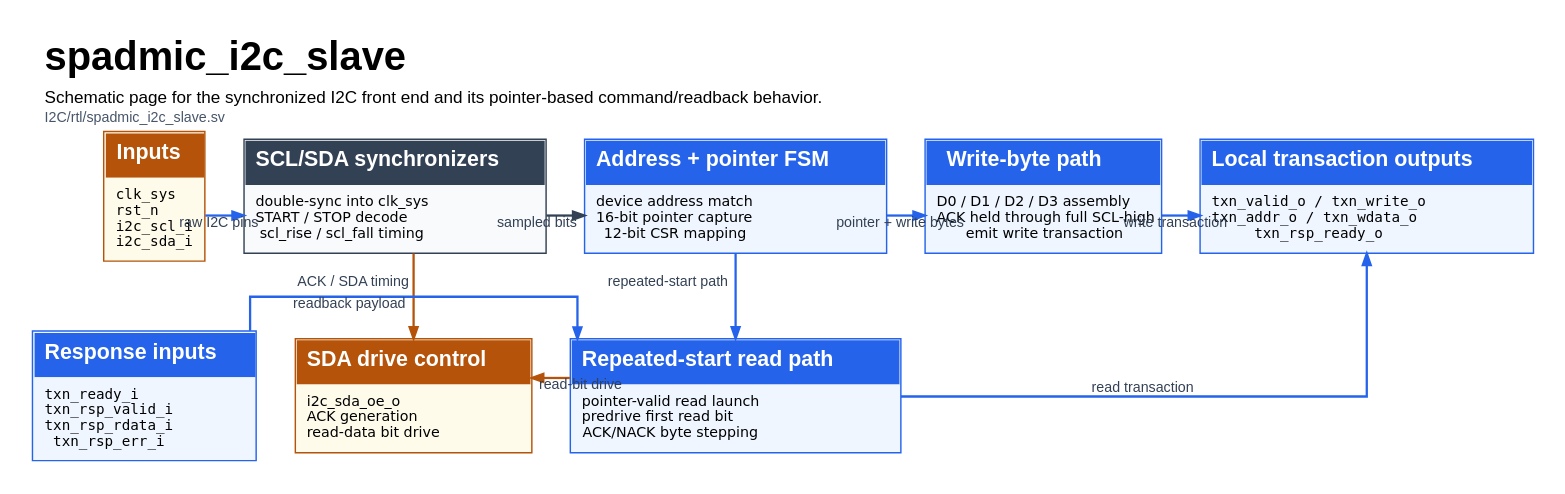
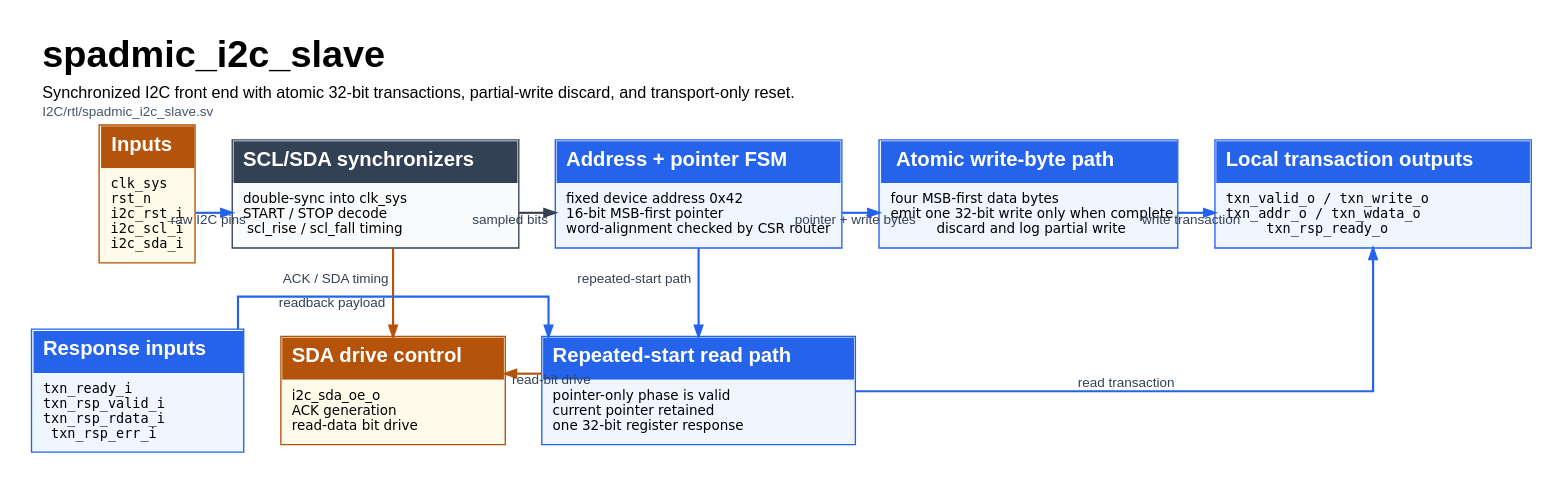
The diagram in TOP/docs/diagrams/dot/02_spadmic_i2c_slave.dot (KarimSabra13/SPADMIC), drawn with Graphviz before and after one commit. The commit also changed 135 other files, not shown here.

Commit message:
feat(top): complete CSR and I2C control plane

```diff
--- a/TOP/docs/diagrams/dot/02_spadmic_i2c_slave.dot
+++ b/TOP/docs/diagrams/dot/02_spadmic_i2c_slave.dot
@@ -1,99 +1,99 @@
 digraph G {
       graph [
         rankdir=TB,
         splines=ortho,
         overlap=false,
         newrank=true,
         compound=true,
         nodesep=0.38,
         ranksep=0.68,
         pad=0.18,
         margin=0.08,
         bgcolor="white",
         fontname="Helvetica",
         labelloc=t,
         labeljust=l,
         label=<
     <TABLE BORDER="0" CELLBORDER="0" CELLSPACING="0" CELLPADDING="0">
       <TR><TD ALIGN="LEFT"><FONT POINT-SIZE="28"><B>spadmic_i2c_slave</B></FONT></TD></TR>
       <TR><TD HEIGHT="4"></TD></TR>
-      <TR><TD ALIGN="LEFT"><FONT POINT-SIZE="12">Schematic page for the synchronized I2C front end and its pointer-based command/readback behavior.</FONT></TD></TR>
+      <TR><TD ALIGN="LEFT"><FONT POINT-SIZE="12">Synchronized I2C front end with atomic 32-bit transactions, partial-write discard, and transport-only reset.</FONT></TD></TR>
       <TR><TD HEIGHT="2"></TD></TR>
       <TR><TD ALIGN="LEFT"><FONT POINT-SIZE="10" COLOR="#475569">I2C/rtl/spadmic_i2c_slave.sv</FONT></TD></TR>
     </TABLE>
     >,
         size="11.69,8.27!"
       ];
       node [fontname="Helvetica"];
       edge [fontname="Helvetica", arrowsize=0.8];
       
     in_pins [shape=plain margin=0 label=<
     <TABLE BORDER="1" CELLBORDER="0" CELLSPACING="0" CELLPADDING="7" COLOR="#B45309" BGCOLOR="#FFFBEB">
       <TR><TD BGCOLOR="#B45309" ALIGN="CENTER"><FONT COLOR="white" POINT-SIZE="15"><B>Inputs</B></FONT></TD></TR>
-      <TR><TD ALIGN='LEFT' BGCOLOR='#FFFBEB'><FONT FACE='DejaVu Sans Mono' POINT-SIZE='10'>clk_sys<BR ALIGN='LEFT'/>rst_n<BR ALIGN='LEFT'/>i2c_scl_i<BR ALIGN='LEFT'/>i2c_sda_i</FONT></TD></TR>
+      <TR><TD ALIGN='LEFT' BGCOLOR='#FFFBEB'><FONT FACE='DejaVu Sans Mono' POINT-SIZE='10'>clk_sys<BR ALIGN='LEFT'/>rst_n<BR ALIGN='LEFT'/>i2c_rst_i<BR ALIGN='LEFT'/>i2c_scl_i<BR ALIGN='LEFT'/>i2c_sda_i</FONT></TD></TR>
     </TABLE>
     >];
     sync [shape=plain margin=0 label=<
     <TABLE BORDER="1" CELLBORDER="0" CELLSPACING="0" CELLPADDING="7" COLOR="#334155" BGCOLOR="#F8FAFC">
       <TR><TD BGCOLOR="#334155" ALIGN="CENTER"><FONT COLOR="white" POINT-SIZE="15"><B>SCL/SDA synchronizers</B></FONT></TD></TR>
       <TR><TD ALIGN='LEFT' BGCOLOR='#F8FAFC'><FONT FACE='DejaVu Sans' POINT-SIZE='10'>double-sync into clk_sys<BR ALIGN='LEFT'/>START / STOP decode<BR ALIGN='LEFT'/>scl_rise / scl_fall timing</FONT></TD></TR>
     </TABLE>
     >];
     addr_ptr [shape=plain margin=0 label=<
     <TABLE BORDER="1" CELLBORDER="0" CELLSPACING="0" CELLPADDING="7" COLOR="#2563EB" BGCOLOR="#EFF6FF">
       <TR><TD BGCOLOR="#2563EB" ALIGN="CENTER"><FONT COLOR="white" POINT-SIZE="15"><B>Address + pointer FSM</B></FONT></TD></TR>
-      <TR><TD ALIGN='LEFT' BGCOLOR='#EFF6FF'><FONT FACE='DejaVu Sans' POINT-SIZE='10'>device address match<BR ALIGN='LEFT'/>16-bit pointer capture<BR ALIGN='LEFT'/>12-bit CSR mapping</FONT></TD></TR>
+      <TR><TD ALIGN='LEFT' BGCOLOR='#EFF6FF'><FONT FACE='DejaVu Sans' POINT-SIZE='10'>fixed device address 0x42<BR ALIGN='LEFT'/>16-bit MSB-first pointer<BR ALIGN='LEFT'/>word-alignment checked by CSR router</FONT></TD></TR>
     </TABLE>
     >];
     write_path [shape=plain margin=0 label=<
     <TABLE BORDER="1" CELLBORDER="0" CELLSPACING="0" CELLPADDING="7" COLOR="#2563EB" BGCOLOR="#EFF6FF">
-      <TR><TD BGCOLOR="#2563EB" ALIGN="CENTER"><FONT COLOR="white" POINT-SIZE="15"><B>Write-byte path</B></FONT></TD></TR>
-      <TR><TD ALIGN='LEFT' BGCOLOR='#EFF6FF'><FONT FACE='DejaVu Sans' POINT-SIZE='10'>D0 / D1 / D2 / D3 assembly<BR ALIGN='LEFT'/>ACK held through full SCL-high<BR ALIGN='LEFT'/>emit write transaction</FONT></TD></TR>
+      <TR><TD BGCOLOR="#2563EB" ALIGN="CENTER"><FONT COLOR="white" POINT-SIZE="15"><B>Atomic write-byte path</B></FONT></TD></TR>
+      <TR><TD ALIGN='LEFT' BGCOLOR='#EFF6FF'><FONT FACE='DejaVu Sans' POINT-SIZE='10'>four MSB-first data bytes<BR ALIGN='LEFT'/>emit one 32-bit write only when complete<BR ALIGN='LEFT'/>discard and log partial write</FONT></TD></TR>
     </TABLE>
     >];
     read_path [shape=plain margin=0 label=<
     <TABLE BORDER="1" CELLBORDER="0" CELLSPACING="0" CELLPADDING="7" COLOR="#2563EB" BGCOLOR="#EFF6FF">
       <TR><TD BGCOLOR="#2563EB" ALIGN="CENTER"><FONT COLOR="white" POINT-SIZE="15"><B>Repeated-start read path</B></FONT></TD></TR>
-      <TR><TD ALIGN='LEFT' BGCOLOR='#EFF6FF'><FONT FACE='DejaVu Sans' POINT-SIZE='10'>pointer-valid read launch<BR ALIGN='LEFT'/>predrive first read bit<BR ALIGN='LEFT'/>ACK/NACK byte stepping</FONT></TD></TR>
+      <TR><TD ALIGN='LEFT' BGCOLOR='#EFF6FF'><FONT FACE='DejaVu Sans' POINT-SIZE='10'>pointer-only phase is valid<BR ALIGN='LEFT'/>current pointer retained<BR ALIGN='LEFT'/>one 32-bit register response</FONT></TD></TR>
     </TABLE>
     >];
     sda_drive [shape=plain margin=0 label=<
     <TABLE BORDER="1" CELLBORDER="0" CELLSPACING="0" CELLPADDING="7" COLOR="#B45309" BGCOLOR="#FFFBEB">
       <TR><TD BGCOLOR="#B45309" ALIGN="CENTER"><FONT COLOR="white" POINT-SIZE="15"><B>SDA drive control</B></FONT></TD></TR>
       <TR><TD ALIGN='LEFT' BGCOLOR='#FFFBEB'><FONT FACE='DejaVu Sans' POINT-SIZE='10'>i2c_sda_oe_o<BR ALIGN='LEFT'/>ACK generation<BR ALIGN='LEFT'/>read-data bit drive</FONT></TD></TR>
     </TABLE>
     >];
     txn_out [shape=plain margin=0 label=<
     <TABLE BORDER="1" CELLBORDER="0" CELLSPACING="0" CELLPADDING="7" COLOR="#2563EB" BGCOLOR="#EFF6FF">
       <TR><TD BGCOLOR="#2563EB" ALIGN="CENTER"><FONT COLOR="white" POINT-SIZE="15"><B>Local transaction outputs</B></FONT></TD></TR>
       <TR><TD ALIGN='LEFT' BGCOLOR='#EFF6FF'><FONT FACE='DejaVu Sans Mono' POINT-SIZE='10'>txn_valid_o / txn_write_o<BR ALIGN='LEFT'/>txn_addr_o / txn_wdata_o<BR ALIGN='LEFT'/>txn_rsp_ready_o</FONT></TD></TR>
     </TABLE>
     >];
     rsp_in [shape=plain margin=0 label=<
     <TABLE BORDER="1" CELLBORDER="0" CELLSPACING="0" CELLPADDING="7" COLOR="#2563EB" BGCOLOR="#EFF6FF">
       <TR><TD BGCOLOR="#2563EB" ALIGN="CENTER"><FONT COLOR="white" POINT-SIZE="15"><B>Response inputs</B></FONT></TD></TR>
       <TR><TD ALIGN='LEFT' BGCOLOR='#EFF6FF'><FONT FACE='DejaVu Sans Mono' POINT-SIZE='10'>txn_ready_i<BR ALIGN='LEFT'/>txn_rsp_valid_i<BR ALIGN='LEFT'/>txn_rsp_rdata_i<BR ALIGN='LEFT'/>txn_rsp_err_i</FONT></TD></TR>
     </TABLE>
     >];
 
     { rank=same; in_pins; sync; addr_ptr; write_path; txn_out; }
     { rank=same; rsp_in; sda_drive; read_path; }
 
     in_pins -> sync [style="invis" weight=20];
     sync -> addr_ptr [style="invis" weight=20];
     addr_ptr -> write_path [style="invis" weight=20];
     write_path -> txn_out [style="invis" weight=20];
     rsp_in -> sda_drive [style="invis" weight=20];
     sda_drive -> read_path [style="invis" weight=20];
 
     in_pins -> sync [color="#2563EB", penwidth=1.6, style="solid", weight=2, xlabel="raw I2C pins", fontsize=10, fontcolor="#334155"];
     sync -> addr_ptr [color="#334155", penwidth=1.6, style="solid", weight=2, xlabel="sampled bits", fontsize=10, fontcolor="#334155"];
     addr_ptr -> write_path [color="#2563EB", penwidth=1.6, style="solid", weight=2, xlabel="pointer + write bytes", fontsize=10, fontcolor="#334155"];
     addr_ptr -> read_path [color="#2563EB", penwidth=1.6, style="solid", weight=2, xlabel="repeated-start path", fontsize=10, fontcolor="#334155"];
     write_path -> txn_out [color="#2563EB", penwidth=1.6, style="solid", weight=2, xlabel="write transaction", fontsize=10, fontcolor="#334155"];
     read_path -> txn_out [color="#2563EB", penwidth=1.6, style="solid", weight=2, xlabel="read transaction", fontsize=10, fontcolor="#334155"];
     rsp_in -> read_path [color="#2563EB", penwidth=1.6, style="solid", weight=2, xlabel="readback payload", fontsize=10, fontcolor="#334155"];
     sync -> sda_drive [color="#B45309", penwidth=1.6, style="solid", weight=2, xlabel="ACK / SDA timing", fontsize=10, fontcolor="#334155"];
     read_path -> sda_drive [color="#B45309", penwidth=1.6, style="solid", weight=2, xlabel="read-bit drive", fontsize=10, fontcolor="#334155"];
     
     }
```
